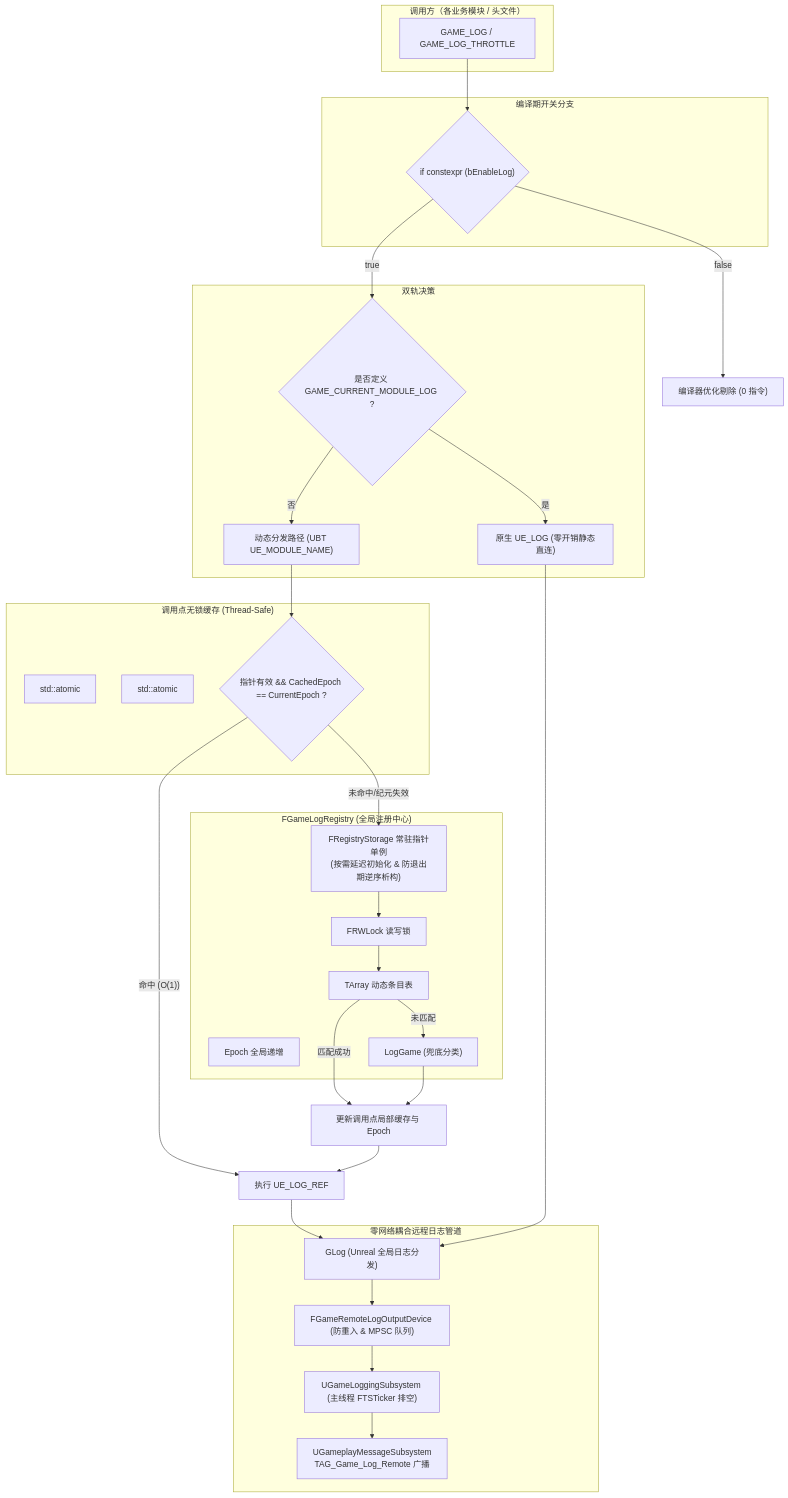
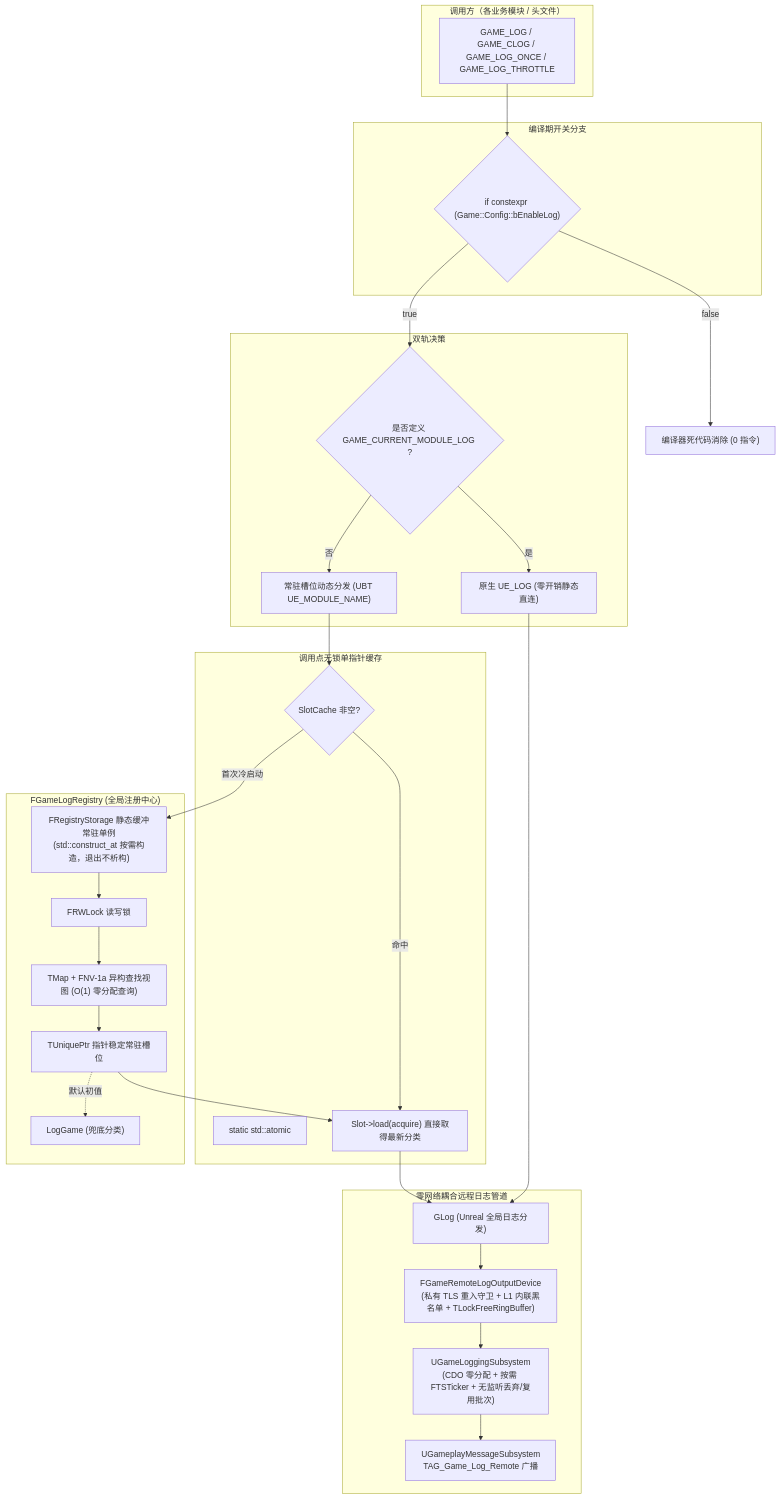
The diagram in Plugins/GameLogging/Docs/Architecture/Overview.md (YIice-cwj/ue5-toolkit), drawn with Mermaid before and after one commit. The commit also changed other lines of this file and 33 other files, not shown here.

````diff
--- a/Plugins/GameLogging/Docs/Architecture/Overview.md
+++ b/Plugins/GameLogging/Docs/Architecture/Overview.md
@@ -18,57 +18,56 @@
 ```mermaid
 flowchart TD
     subgraph Caller["调用方（各业务模块 / 头文件）"]
-        GL["GAME_LOG / GAME_LOG_THROTTLE"]
+        GL["GAME_LOG / GAME_CLOG / GAME_LOG_ONCE / GAME_LOG_THROTTLE"]
     end
 
     subgraph CompileSwitch["编译期开关分支"]
-        CS{"if constexpr (bEnableLog)"}
+        CS{"if constexpr (Game::Config::bEnableLog)"}
     end
 
     subgraph TrackDecision["双轨决策"]
         CT{"是否定义 GAME_CURRENT_MODULE_LOG ?"}
         Direct["原生 UE_LOG (零开销静态直连)"]
-        Dynamic["动态分发路径 (UBT UE_MODULE_NAME)"]
+        Dynamic["常驻槽位动态分发 (UBT UE_MODULE_NAME)"]
     end
 
-    subgraph CacheLayer["调用点无锁缓存 (Thread-Safe)"]
-        AtomicPtr["std::atomic<FLogCategoryBase*>"]
-        AtomicEpoch["std::atomic<int32>"]
-        EpochCheck{"指针有效 && CachedEpoch == CurrentEpoch ?"}
+    subgraph CacheLayer["调用点无锁单指针缓存"]
+        SlotCache["static std::atomic<const FLogCategorySlot*>"]
+        SlotCheck{"SlotCache 非空?"}
+        SlotLoad["Slot->load(acquire) 直接取得最新分类"]
     end
 
     subgraph RegistryLayer["FGameLogRegistry (全局注册中心)"]
-        Singleton["FRegistryStorage 常驻指针单例<br>(按需延迟初始化 & 防退出期逆序析构)"]
+        Singleton["FRegistryStorage 静态缓冲常驻单例<br>(std::construct_at 按需构造，退出不析构)"]
         RWLock["FRWLock 读写锁"]
-        ModuleEntries["TArray<FModuleLogEntry> 动态条目表"]
-        EpochCounter["Epoch 全局递增"]
+        HashMap["TMap + FNV-1a 异构查找视图 (O(1) 零分配查询)"]
+        StableSlot["TUniquePtr<FModuleLogSlotRecord> 指针稳定常驻槽位"]
         Fallback["LogGame (兜底分类)"]
     end
 
     subgraph RemotePipeline["零网络耦合远程日志管道"]
         Output["GLog (Unreal 全局日志分发)"]
-        Device["FGameRemoteLogOutputDevice (防重入 & MPSC 队列)"]
-        Subsystem["UGameLoggingSubsystem (主线程 FTSTicker 排空)"]
+        Device["FGameRemoteLogOutputDevice<br>(私有 TLS 重入守卫 + L1 内联黑名单 + TLockFreeRingBuffer)"]
+        Subsystem["UGameLoggingSubsystem<br>(CDO 零分配 + 按需 FTSTicker + 无监听丢弃/复用批次)"]
         Bus["UGameplayMessageSubsystem<br>TAG_Game_Log_Remote 广播"]
     end
 
     GL --> CS
-    CS -- false --> DeadCode["编译器优化剔除 (0 指令)"]
+    CS -- false --> DeadCode["编译器死代码消除 (0 指令)"]
     CS -- true --> CT
     CT -- 是 --> Direct
     CT -- 否 --> Dynamic
-    Dynamic --> EpochCheck
-    EpochCheck -- 命中 (O(1)) --> EmitLog["执行 UE_LOG_REF"]
-    EpochCheck -- 未命中/纪元失效 --> Singleton
+    Dynamic --> SlotCheck
+    SlotCheck -- 命中 --> SlotLoad
+    SlotCheck -- 首次冷启动 --> Singleton
     Singleton --> RWLock
-    RWLock --> ModuleEntries
-    ModuleEntries -- 匹配成功 --> UpdateCache["更新调用点局部缓存与 Epoch"]
-    ModuleEntries -- 未匹配 --> Fallback
-    Fallback --> UpdateCache
-    UpdateCache --> EmitLog
-    EmitLog --> Output
+    RWLock --> HashMap
+    HashMap --> StableSlot
+    StableSlot -. 默认初值 .-> Fallback
+    StableSlot --> SlotLoad
+    SlotLoad --> Output
     Direct --> Output
     Output --> Device
     Device --> Subsystem
     Subsystem --> Bus
 ```
````
